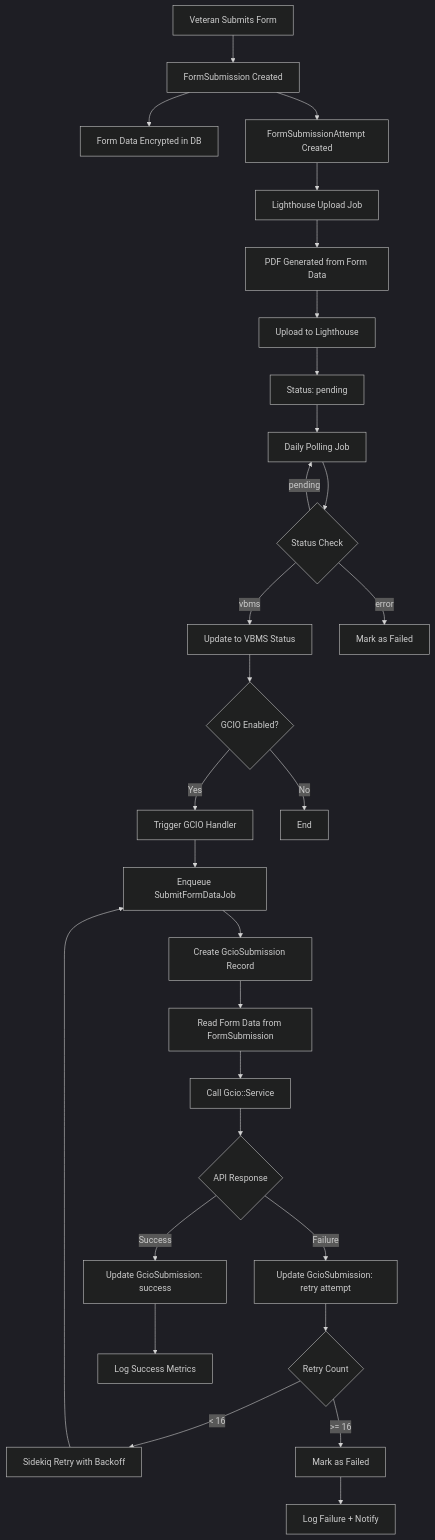
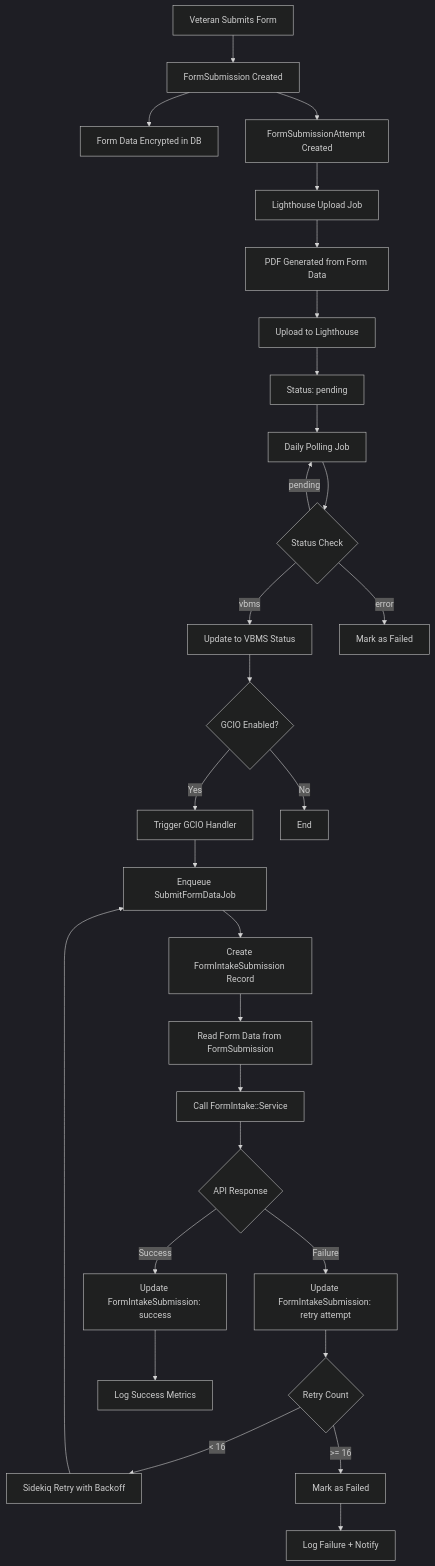
The sixth of 7 diagrams in docs/architecture/gcio-integration/c4-diagrams.md (department-of-veterans-affairs/vets-api), drawn with Mermaid (dark theme) before and after one commit. The commit also changed other lines of this file and 4 other files, not shown here.

````diff
--- a/docs/architecture/gcio-integration/c4-diagrams.md
+++ b/docs/architecture/gcio-integration/c4-diagrams.md
@@ -220,37 +228,37 @@
 ```mermaid
 flowchart TD
     A[Veteran Submits Form] --> B[FormSubmission Created]
     B --> C[Form Data Encrypted in DB]
     B --> D[FormSubmissionAttempt Created]
     D --> E[Lighthouse Upload Job]
     E --> F[PDF Generated from Form Data]
     F --> G[Upload to Lighthouse]
     G --> H[Status: pending]
     
     H --> I[Daily Polling Job]
     I --> J{Status Check}
     J -->|pending| I
     J -->|vbms| K[Update to VBMS Status]
     J -->|error| L[Mark as Failed]
     
     K --> M{GCIO Enabled?}
     M -->|Yes| N[Trigger GCIO Handler]
     M -->|No| O[End]
     
     N --> P[Enqueue SubmitFormDataJob]
-    P --> Q[Create GcioSubmission Record]
+    P --> Q[Create FormIntakeSubmission Record]
     Q --> R[Read Form Data from FormSubmission]
-    R --> S[Call Gcio::Service]
+    R --> S[Call FormIntake::Service]
     S --> T{API Response}
     
-    T -->|Success| U[Update GcioSubmission: success]
-    T -->|Failure| V[Update GcioSubmission: retry attempt]
+    T -->|Success| U[Update FormIntakeSubmission: success]
+    T -->|Failure| V[Update FormIntakeSubmission: retry attempt]
     
     V --> W{Retry Count}
     W -->|< 16| X[Sidekiq Retry with Backoff]
     W -->|>= 16| Y[Mark as Failed]
     
     X --> P
     U --> Z[Log Success Metrics]
     Y --> AA[Log Failure + Notify]
 ```
````
